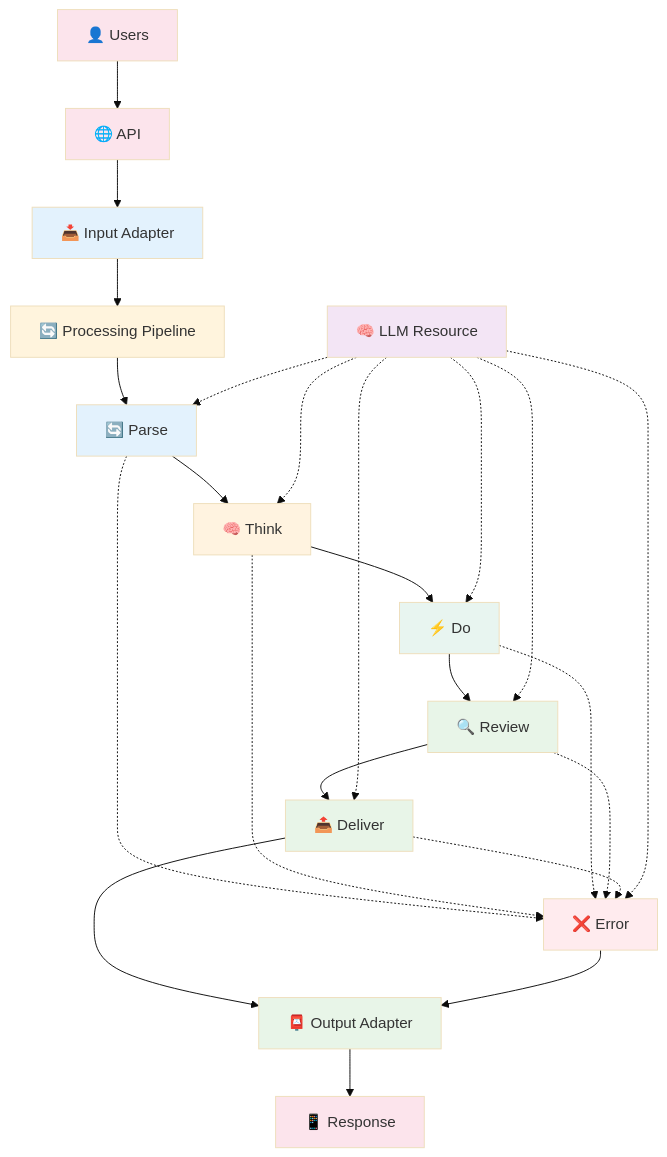
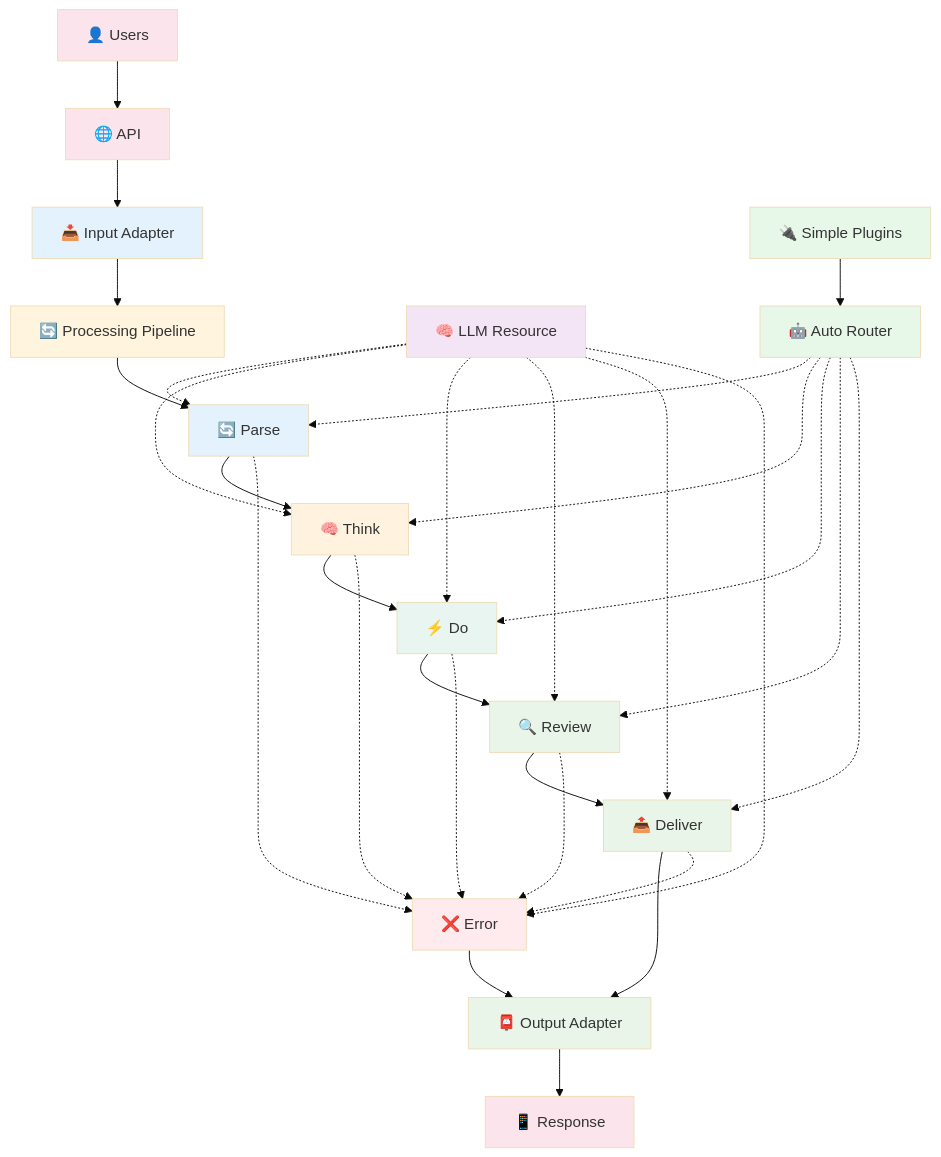
The diagram in README.md (Ladvien/entity), drawn with Mermaid (base theme) before and after one commit. The commit also changed other lines of this file, not shown here.

Commit message:
Architecture

````diff
--- a/README.md
+++ b/README.md
@@ -9,48 +238,58 @@
 ```mermaid
 flowchart TD
     Users[👤 Users] --> API[🌐 API]
     API --> IA[📥 Input Adapter]
     IA --> Pipeline[🔄 Processing Pipeline]
     
     Pipeline --> Stage1[🔄 Parse]
     Stage1 --> Stage2[🧠 Think] 
     Stage2 --> Stage3[⚡ Do]
     Stage3 --> Stage4[🔍 Review]
     Stage4 --> Stage5[📤 Deliver]
     
     Stage5 --> OA[📮 Output Adapter]
     OA --> Response[📱 Response]
     
     %% Error handling flow
     Stage1 -.-> ErrorStage[❌ Error]
     Stage2 -.-> ErrorStage
     Stage3 -.-> ErrorStage
     Stage4 -.-> ErrorStage
     Stage5 -.-> ErrorStage
     ErrorStage --> OA
     
     %% LLM Resource Available Throughout Pipeline
     LLM[🧠 LLM Resource] -.-> Stage1
     LLM -.-> Stage2
     LLM -.-> Stage3
     LLM -.-> Stage4
     LLM -.-> Stage5
     LLM -.-> ErrorStage
     
+    %% Simple plugins auto-route to appropriate stages
+    SimplePlugins[🔌 Simple Plugins] --> AutoRouter[🤖 Auto Router]
+    AutoRouter -.-> Stage1
+    AutoRouter -.-> Stage2
+    AutoRouter -.-> Stage3
+    AutoRouter -.-> Stage4
+    AutoRouter -.-> Stage5
+    
     %% Styling
     classDef input fill:#e3f2fd
     classDef processing fill:#fff3e0
     classDef llm fill:#f3e5f5
     classDef output fill:#e8f5e8
     classDef endpoints fill:#fce4ec
     classDef tools fill:#e8f5f0
     classDef error fill:#ffebee
+    classDef simple fill:#e8f8e8
     
     class Users,API,Response endpoints
     class IA,Stage1 input
     class Stage2 processing
     class LLM llm
     class Stage3 tools
     class Stage4,Stage5,OA output
     class ErrorStage error
+    class SimplePlugins,AutoRouter simple
 ```
````
